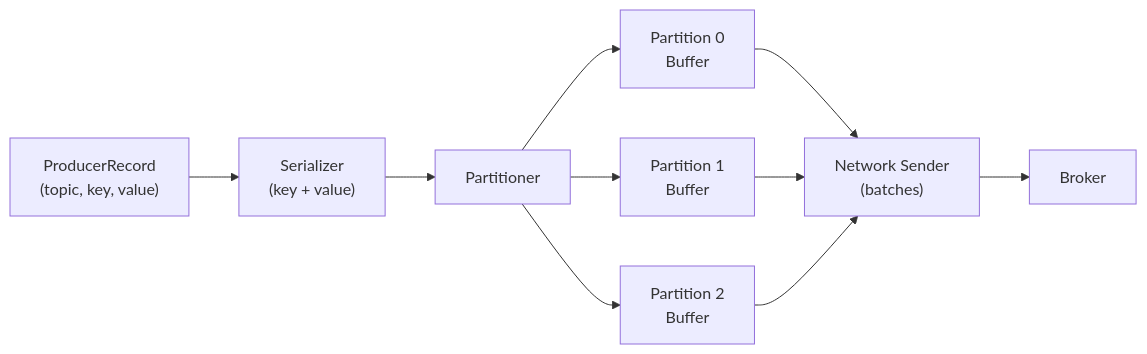
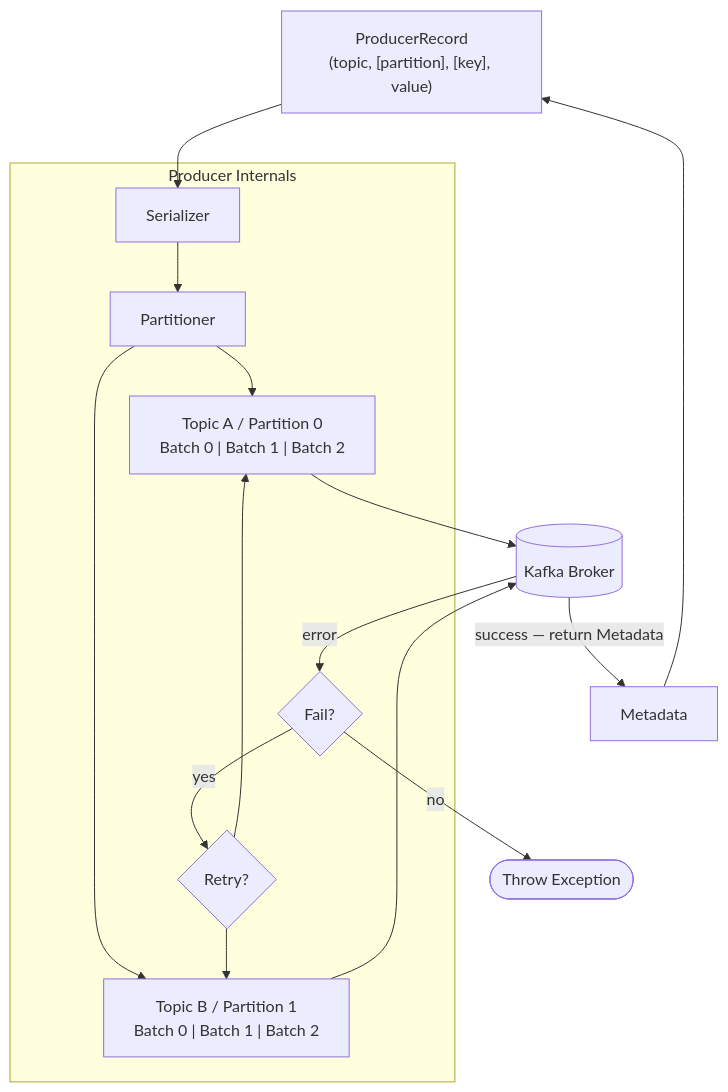
One commit to mrsrinivas/mrsrinivas.github.io changed the first of 6 diagrams in _posts/2018-08-13-kafka-topics-and-partitions-explained.md. Above: the diagram before and after it, drawn with Mermaid. The commit also changed other lines of this file and 2 other files, not shown here.

First line of the commit message:
Fix Kafka diagrams and convert Spark + volatile/static SVGs to Mermaid

````diff
--- a/_posts/2018-08-13-kafka-topics-and-partitions-explained.md
+++ b/_posts/2018-08-13-kafka-topics-and-partitions-explained.md
@@ -26,15 +26,28 @@
 ```mermaid
-flowchart LR
-    PR["ProducerRecord\n(topic, key, value)"]
-    SER["Serializer\n(key + value)"]
-    PART["Partitioner"]
-    B0["Partition 0\nBuffer"]
-    B1["Partition 1\nBuffer"]
-    B2["Partition 2\nBuffer"]
-    NET["Network Sender\n(batches)"]
-    BR["Broker"]
+flowchart TB
+    PR["ProducerRecord\n(topic, [partition], [key], value)"]
 
-    PR --> SER --> PART
-    PART --> B0 & B1 & B2
-    B0 & B1 & B2 --> NET --> BR
+    subgraph internals["Producer Internals"]
+        SER["Serializer"]
+        PART["Partitioner"]
+        B0["Topic A / Partition 0\nBatch 0 | Batch 1 | Batch 2"]
+        B1["Topic B / Partition 1\nBatch 0 | Batch 1 | Batch 2"]
+        FAIL{"Fail?"}
+        RETRY{"Retry?"}
+        SER --> PART
+        PART --> B0 & B1
+    end
+
+    BR[("Kafka Broker")]
+    META["Metadata"]
+    EXC(["Throw Exception"])
+
+    PR --> SER
+    B0 & B1 --> BR
+    BR -->|"success — return Metadata"| META
+    META --> PR
+    BR -->|"error"| FAIL
+    FAIL -->|"yes"| RETRY
+    RETRY --> B0 & B1
+    FAIL -->|"no"| EXC
 ```
````
